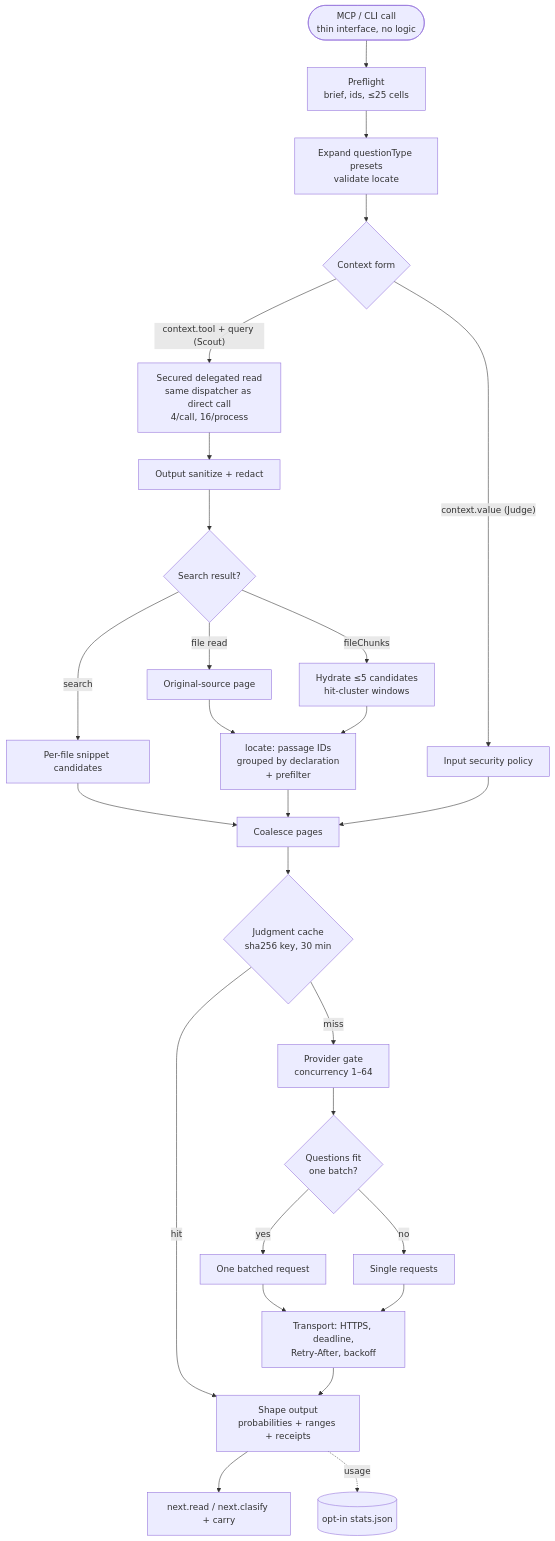
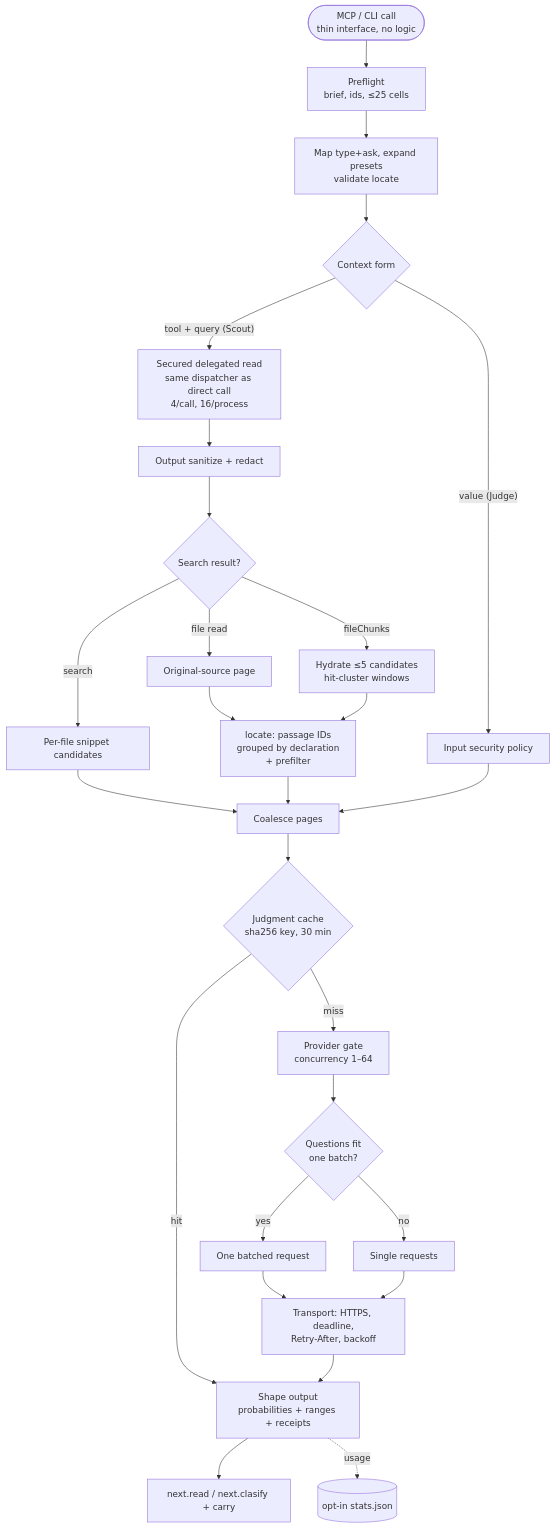
Before and after one commit to bgauryy/octocode: the second of 4 diagrams in docs/OCTOCODE_CLASIFY.md, drawn with Mermaid. The commit also changed other lines of this file and 199 other files, not shown here.

````diff
--- a/docs/OCTOCODE_CLASIFY.md
+++ b/docs/OCTOCODE_CLASIFY.md
@@ -109,29 +109,29 @@
 ```mermaid
 flowchart TD
     IN(["MCP / CLI call<br/>thin interface, no logic"]) --> PF["Preflight<br/>brief, ids, ≤25 cells"]
-    PF --> QX["Expand questionType presets<br/>validate locate"]
+    PF --> QX["Map type+ask, expand presets<br/>validate locate"]
     QX --> CF{Context form}
-    CF -- "context.value (Judge)" --> SEC1[Input security policy]
-    CF -- "context.tool + query (Scout)" --> RD["Secured delegated read<br/>same dispatcher as direct call<br/>4/call, 16/process"]
+    CF -- "value (Judge)" --> SEC1[Input security policy]
+    CF -- "tool + query (Scout)" --> RD["Secured delegated read<br/>same dispatcher as direct call<br/>4/call, 16/process"]
     RD --> SAN[Output sanitize + redact]
     SAN --> CAND{Search result?}
     CAND -- "search" --> SNIP[Per-file snippet candidates]
     CAND -- "fileChunks" --> HYD["Hydrate ≤5 candidates<br/>hit-cluster windows"]
     CAND -- "file read" --> PAGE[Original-source page]
     PAGE --> LOC["locate: passage IDs<br/>grouped by declaration<br/>+ prefilter"]
     HYD --> LOC
     SNIP --> CO[Coalesce pages]
     LOC --> CO
     SEC1 --> CO
     CO --> CACHE{"Judgment cache<br/>sha256 key, 30 min"}
     CACHE -- hit --> OUT
     CACHE -- miss --> GATE["Provider gate<br/>concurrency 1–64"]
     GATE --> BAT{Questions fit<br/>one batch?}
     BAT -- yes --> P1[One batched request]
     BAT -- no --> P2[Single requests]
     P1 --> TR["Transport: HTTPS, deadline,<br/>Retry-After, backoff"]
     P2 --> TR
     TR --> OUT["Shape output<br/>probabilities + ranges + receipts"]
     OUT --> NX["next.read / next.clasify + carry"]
     OUT -. usage .-> ST[(opt-in stats.json)]
 ```
````
